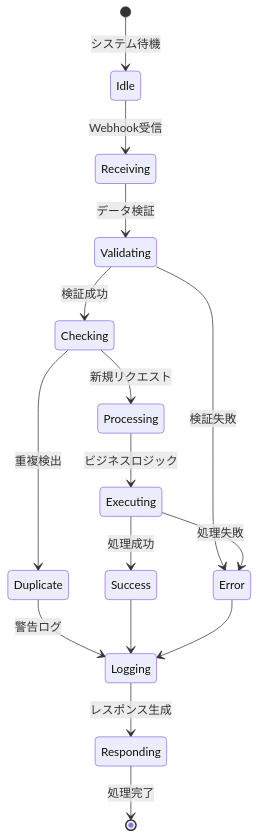
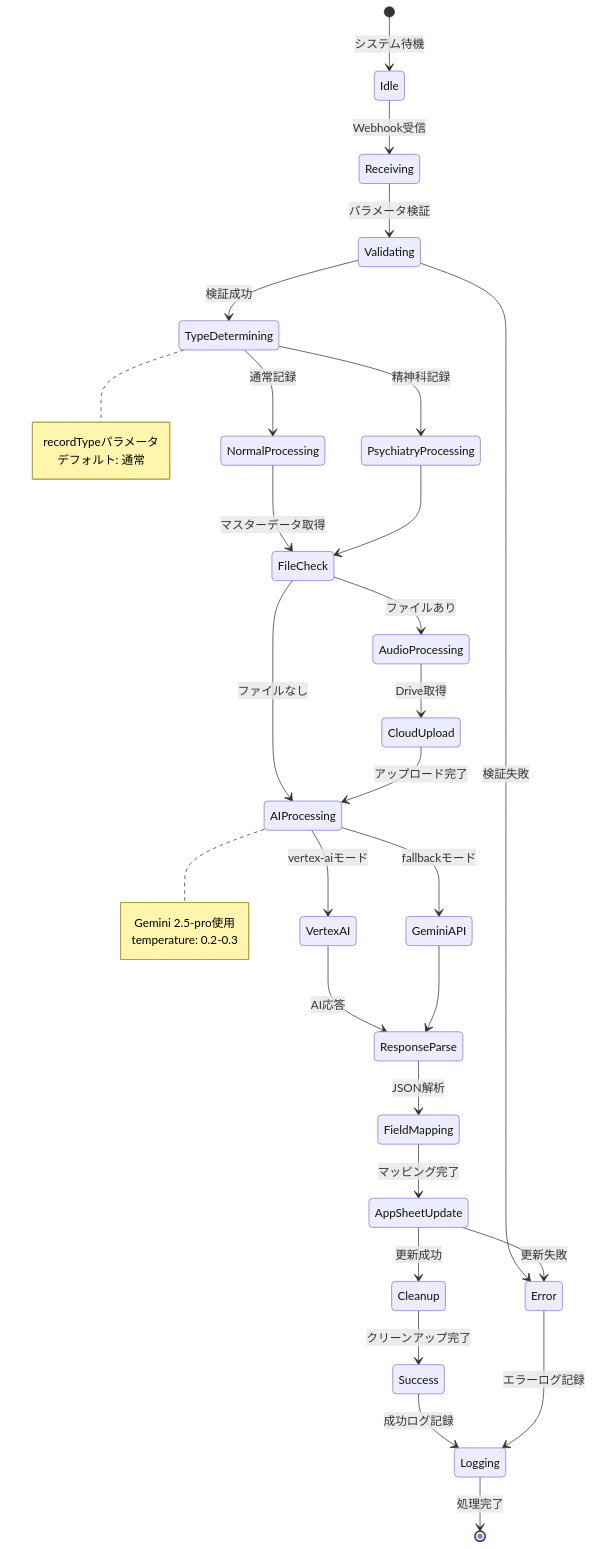
One commit to tasai-lab/appsheet-gas-automation changed the seventh of 9 diagrams in gas_projects/Appsheet_訪問看護_通常記録/FLOW.md. Above: the diagram before and after it, drawn with Mermaid. The commit also changed other lines of this file and 2 other files, not shown here.

````diff
--- a/gas_projects/Appsheet_訪問看護_通常記録/FLOW.md
+++ b/gas_projects/Appsheet_訪問看護_通常記録/FLOW.md
@@ -144,24 +210,50 @@
 ```mermaid
 stateDiagram-v2
     [*] --> Idle: システム待機
     Idle --> Receiving: Webhook受信
-    Receiving --> Validating: データ検証
-    
+    Receiving --> Validating: パラメータ検証
+
     Validating --> Error: 検証失敗
-    Validating --> Checking: 検証成功
-    
-    Checking --> Duplicate: 重複検出
-    Checking --> Processing: 新規リクエスト
-    
-    Duplicate --> Logging: 警告ログ
-    Processing --> Executing: ビジネスロジック
-    
-    Executing --> Success: 処理成功
-    Executing --> Error: 処理失敗
-    
-    Success --> Logging
-    Error --> Logging
-    
-    Logging --> Responding: レスポンス生成
-    Responding --> [*]: 処理完了
+    Validating --> TypeDetermining: 検証成功
+
+    TypeDetermining --> NormalProcessing: 通常記録
+    TypeDetermining --> PsychiatryProcessing: 精神科記録
+
+    NormalProcessing --> FileCheck: マスターデータ取得
+    PsychiatryProcessing --> FileCheck
+
+    FileCheck --> AudioProcessing: ファイルあり
+    FileCheck --> AIProcessing: ファイルなし
+
+    AudioProcessing --> CloudUpload: Drive取得
+    CloudUpload --> AIProcessing: アップロード完了
+
+    AIProcessing --> VertexAI: vertex-aiモード
+    AIProcessing --> GeminiAPI: fallbackモード
+
+    VertexAI --> ResponseParse: AI応答
+    GeminiAPI --> ResponseParse
+
+    ResponseParse --> FieldMapping: JSON解析
+    FieldMapping --> AppSheetUpdate: マッピング完了
+
+    AppSheetUpdate --> Cleanup: 更新成功
+    AppSheetUpdate --> Error: 更新失敗
+
+    Cleanup --> Success: クリーンアップ完了
+
+    Success --> Logging: 成功ログ記録
+    Error --> Logging: エラーログ記録
+
+    Logging --> [*]: 処理完了
+
+    note right of TypeDetermining
+        recordTypeパラメータ
+        デフォルト: 通常
+    end note
+
+    note right of AIProcessing
+        Gemini 2.5-pro使用
+        temperature: 0.2-0.3
+    end note
 ```
````
